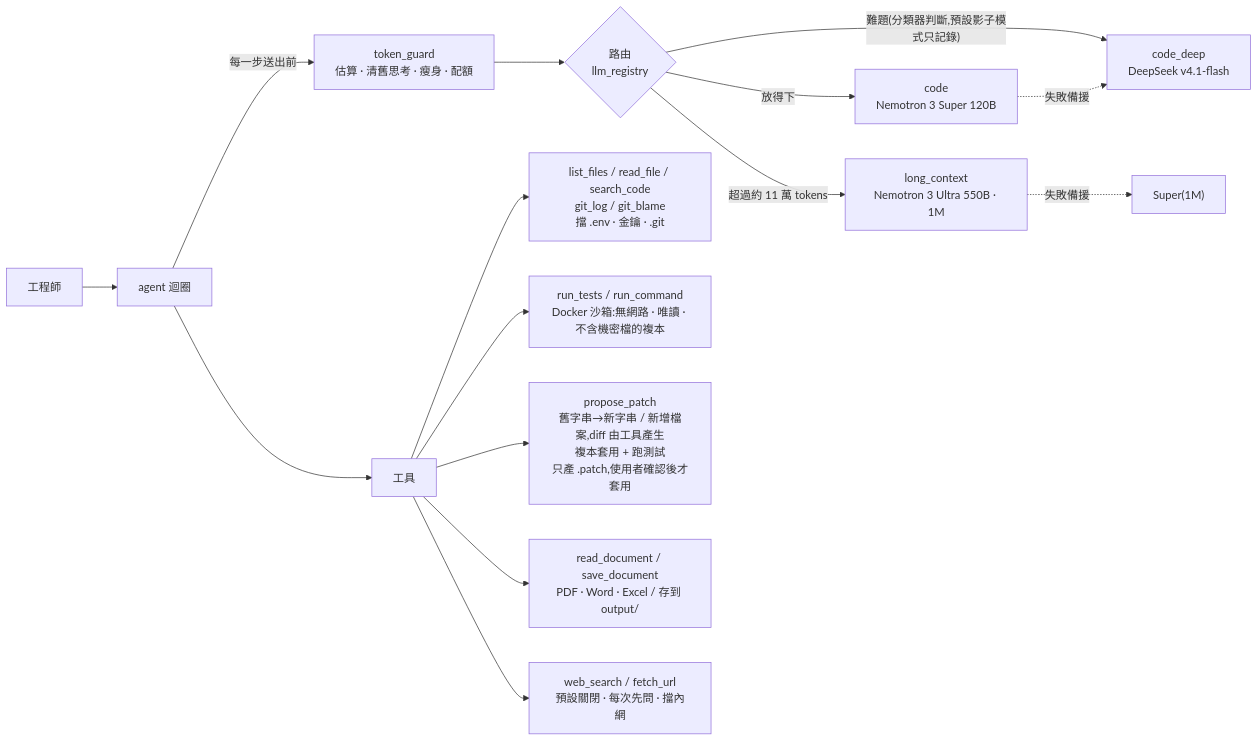
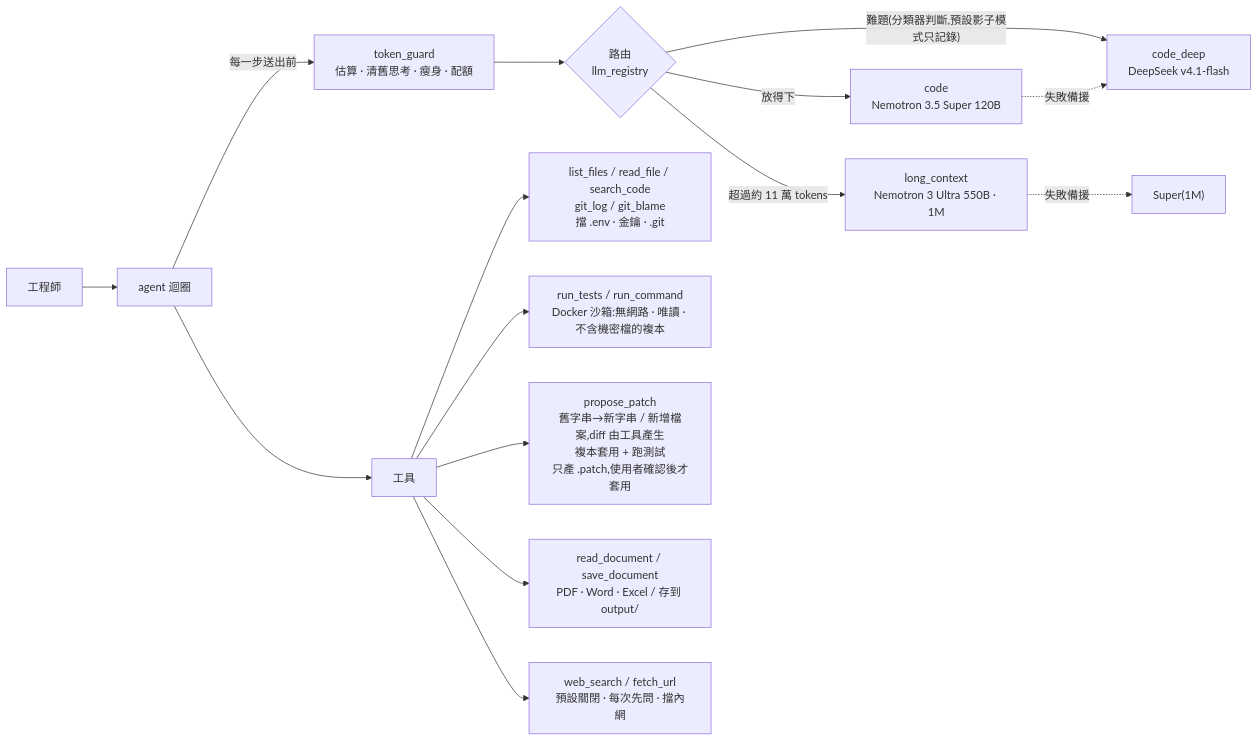
The diagram in README.md (inform199751-crypto/nvidia-dev-assistant), drawn with Mermaid before and after one commit. The commit also changed other lines of this file and 6 other files, not shown here.

First line of the commit message:
Switch the main model to Nemotron 3.5 Super VL; say when a fallback answers

````diff
--- a/README.md
+++ b/README.md
@@ -11,17 +11,17 @@
 ```mermaid
 flowchart LR
     U[工程師] --> A[agent 迴圈]
     A -->|每一步送出前| G["token_guard<br/>估算 · 清舊思考 · 瘦身 · 配額"]
     G --> R{"路由<br/>llm_registry"}
-    R -->|放得下| S["code<br/>Nemotron 3 Super 120B"]
+    R -->|放得下| S["code<br/>Nemotron 3.5 Super 120B"]
     R -->|"超過約 11 萬 tokens"| L["long_context<br/>Nemotron 3 Ultra 550B · 1M"]
     R -->|"難題(分類器判斷,預設影子模式只記錄)"| D
     S -. 失敗備援 .-> D["code_deep<br/>DeepSeek v4.1-flash"]
     L -. 失敗備援 .-> S2["Super(1M)"]
     A --> T[工具]
     T --> T1["list_files / read_file / search_code<br/>git_log / git_blame<br/>擋 .env · 金鑰 · .git"]
     T --> T2["run_tests / run_command<br/>Docker 沙箱:無網路 · 唯讀 · 不含機密檔的複本"]
     T --> T3["propose_patch<br/>舊字串→新字串 / 新增檔案,diff 由工具產生<br/>複本套用 + 跑測試<br/>只產 .patch,使用者確認後才套用"]
     T --> T4["read_document / save_document<br/>PDF · Word · Excel / 存到 output/"]
     T --> T5["web_search / fetch_url<br/>預設關閉 · 每次先問 · 擋內網"]
 ```
````
